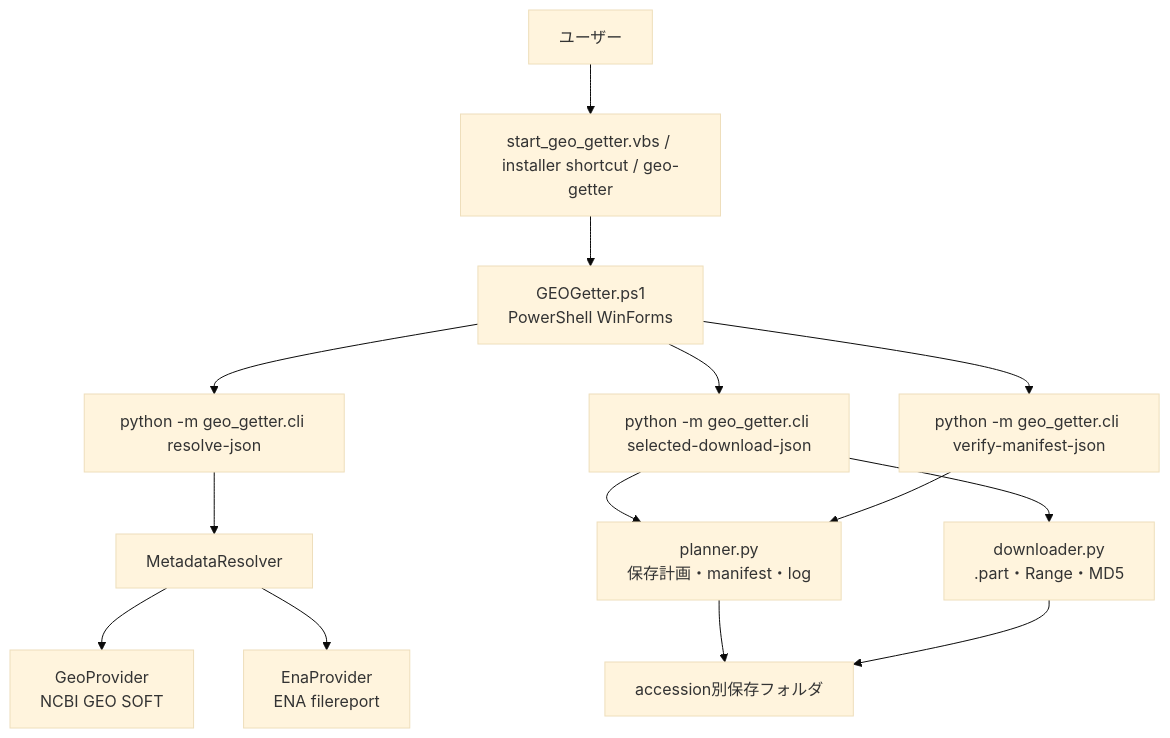
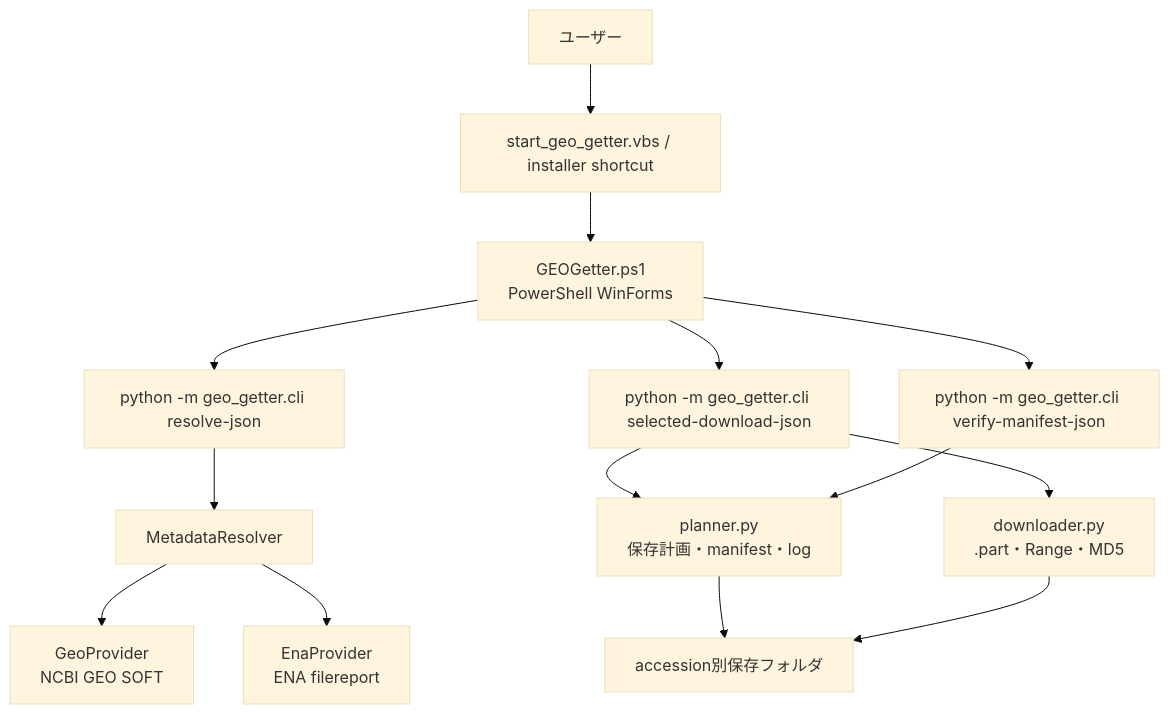
One commit to K81ta/geo-getter changed the diagram in docs/ARCHITECTURE.md. Above: the diagram before and after it, drawn with Mermaid (base theme). The commit also changed other lines of this file and 9 other files, not shown here.

````diff
--- a/docs/ARCHITECTURE.md
+++ b/docs/ARCHITECTURE.md
@@ -17,16 +17,16 @@
 ```mermaid
 flowchart TD
-    User["ユーザー"] --> Launcher["start_geo_getter.vbs / installer shortcut / geo-getter"]
+    User["ユーザー"] --> Launcher["start_geo_getter.vbs / installer shortcut"]
     Launcher --> GUI["GEOGetter.ps1\nPowerShell WinForms"]
     GUI --> ResolveCLI["python -m geo_getter.cli resolve-json"]
     GUI --> DownloadCLI["python -m geo_getter.cli selected-download-json"]
     GUI --> VerifyCLI["python -m geo_getter.cli verify-manifest-json"]
     ResolveCLI --> Resolver["MetadataResolver"]
     Resolver --> GEO["GeoProvider\nNCBI GEO SOFT"]
     Resolver --> ENA["EnaProvider\nENA filereport"]
     DownloadCLI --> Planner["planner.py\n保存計画・manifest・log"]
     DownloadCLI --> Downloader["downloader.py\n.part・Range・MD5"]
     VerifyCLI --> Planner
     Planner --> Output["accession別保存フォルダ"]
     Downloader --> Output
 ```
````
